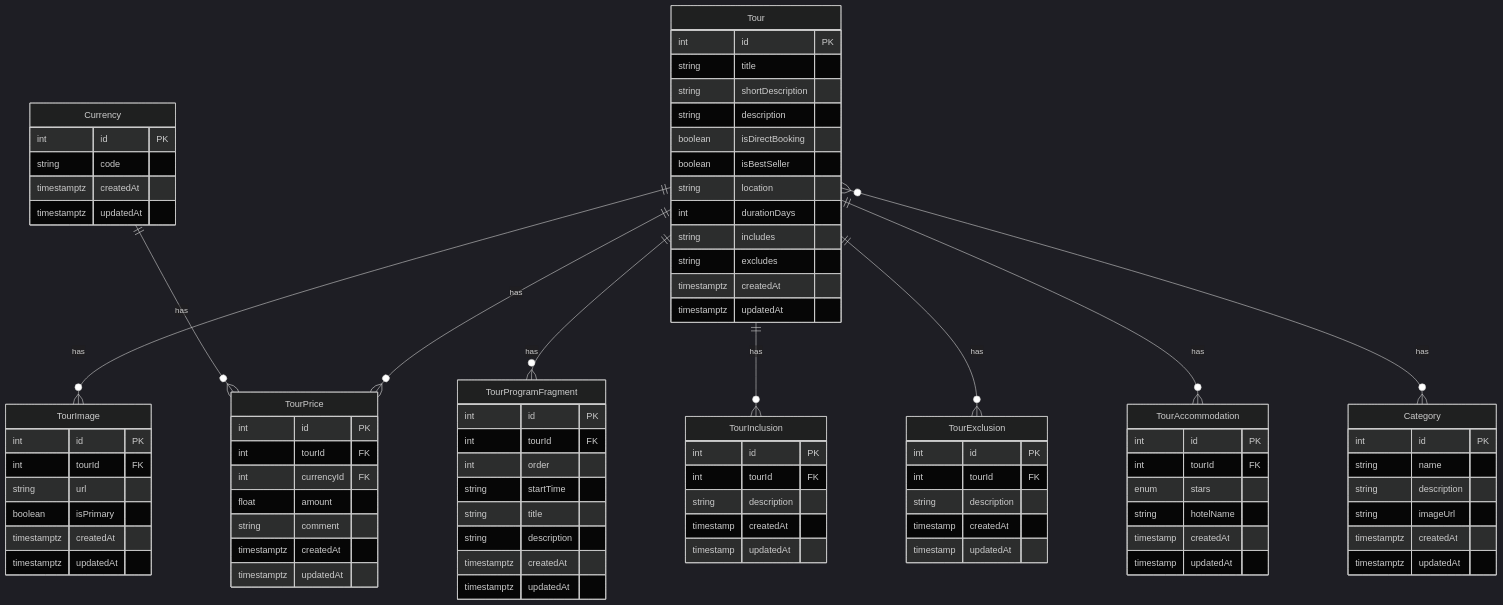
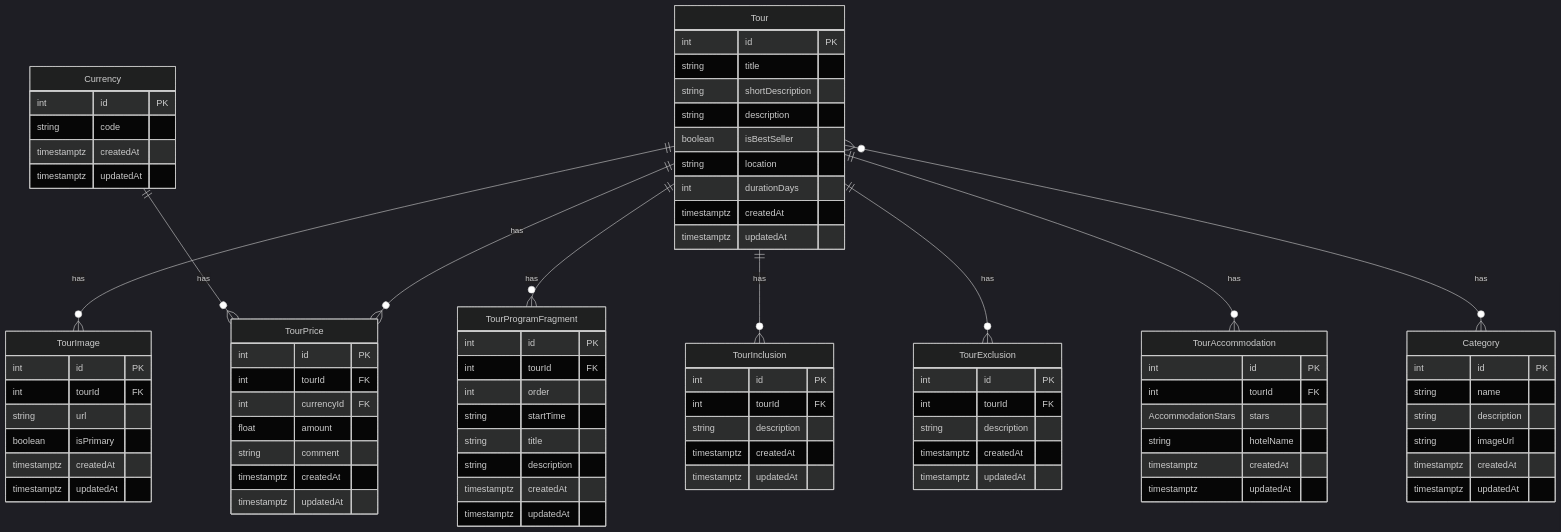
One commit to ReddyWish/travel-aspect-api changed the diagram in data-structure.mermaid. Above: the diagram before and after it, drawn with Mermaid (dark theme).

Commit message:
Upd mermaid

```diff
--- a/data-structure.mermaid
+++ b/data-structure.mermaid
@@ -1,95 +1,92 @@
 erDiagram
     Tour ||--o{ TourImage : has
     Tour ||--o{ TourProgramFragment : has
     Tour ||--o{ TourPrice : has
     Tour ||--o{ TourInclusion : has
     Tour ||--o{ TourExclusion : has
     Tour ||--o{ TourAccommodation : has
     Tour }o--o{ Category : has
     Currency ||--o{ TourPrice : has
 
     Tour {
         int id PK
         string title
         string shortDescription
         string description
-        boolean isDirectBooking
         boolean isBestSeller
         string location
         int durationDays
-        string includes
-        string excludes
         timestamptz createdAt
         timestamptz updatedAt
     }
 
     TourAccommodation {
         int id PK
         int tourId FK
-        enum stars
+        AccommodationStars stars
         string hotelName
-        timestamp createdAt
-        timestamp updatedAt
+        timestamptz createdAt
+        timestamptz updatedAt
     }
 
     TourInclusion {
         int id PK
         int tourId FK
         string description
-        timestamp createdAt
-        timestamp updatedAt
+        timestamptz createdAt
+        timestamptz updatedAt
     }
 
     TourExclusion {
         int id PK
         int tourId FK
         string description
-        timestamp createdAt
-        timestamp updatedAt
+        timestamptz createdAt
+        timestamptz updatedAt
     }
 
     TourImage {
         int id PK
         int tourId FK
         string url
         boolean isPrimary
         timestamptz createdAt
         timestamptz updatedAt
     }
 
     TourProgramFragment {
         int id PK
         int tourId FK
         int order
         string startTime
         string title
         string description
         timestamptz createdAt
         timestamptz updatedAt
     }
 
     Category {
         int id PK
         string name
         string description
         string imageUrl
         timestamptz createdAt
         timestamptz updatedAt
     }
 
     TourPrice {
         int id PK
         int tourId FK
         int currencyId FK
         float amount
         string comment
         timestamptz createdAt
         timestamptz updatedAt
     }
 
     Currency {
         int id PK
         string code
         timestamptz createdAt
         timestamptz updatedAt
     }
```
